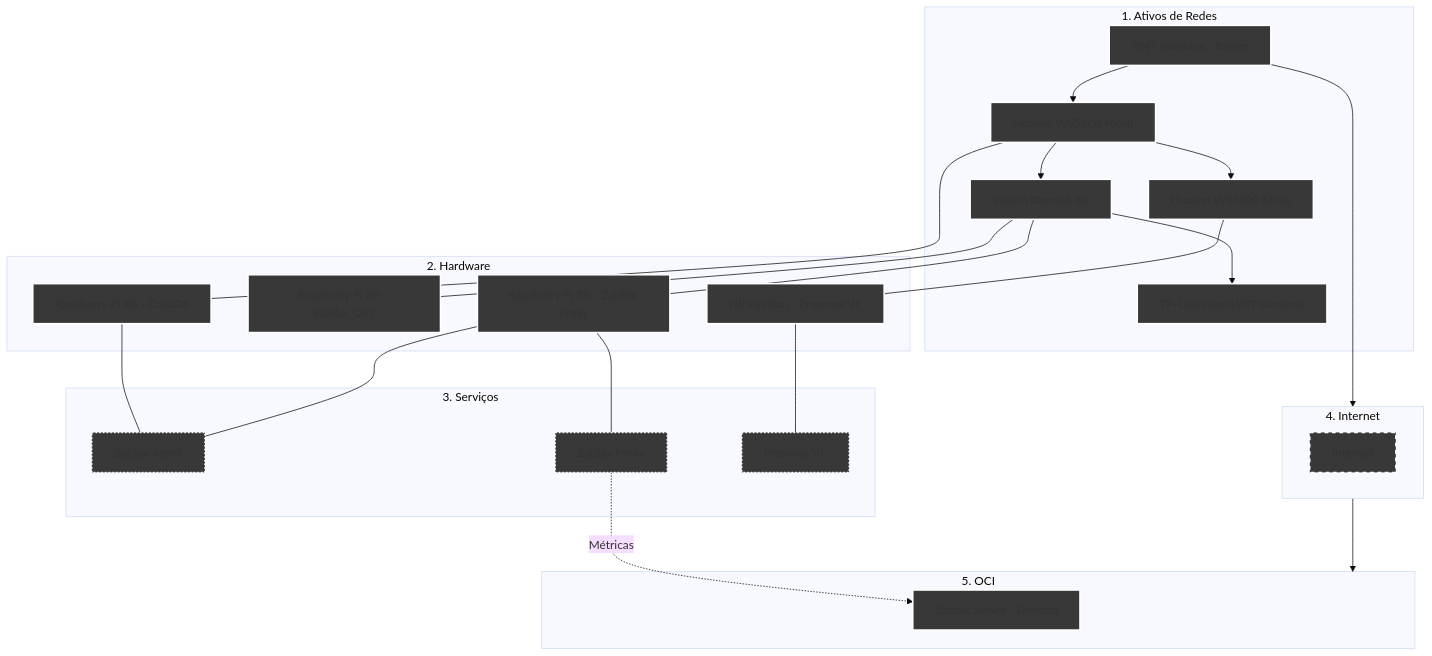
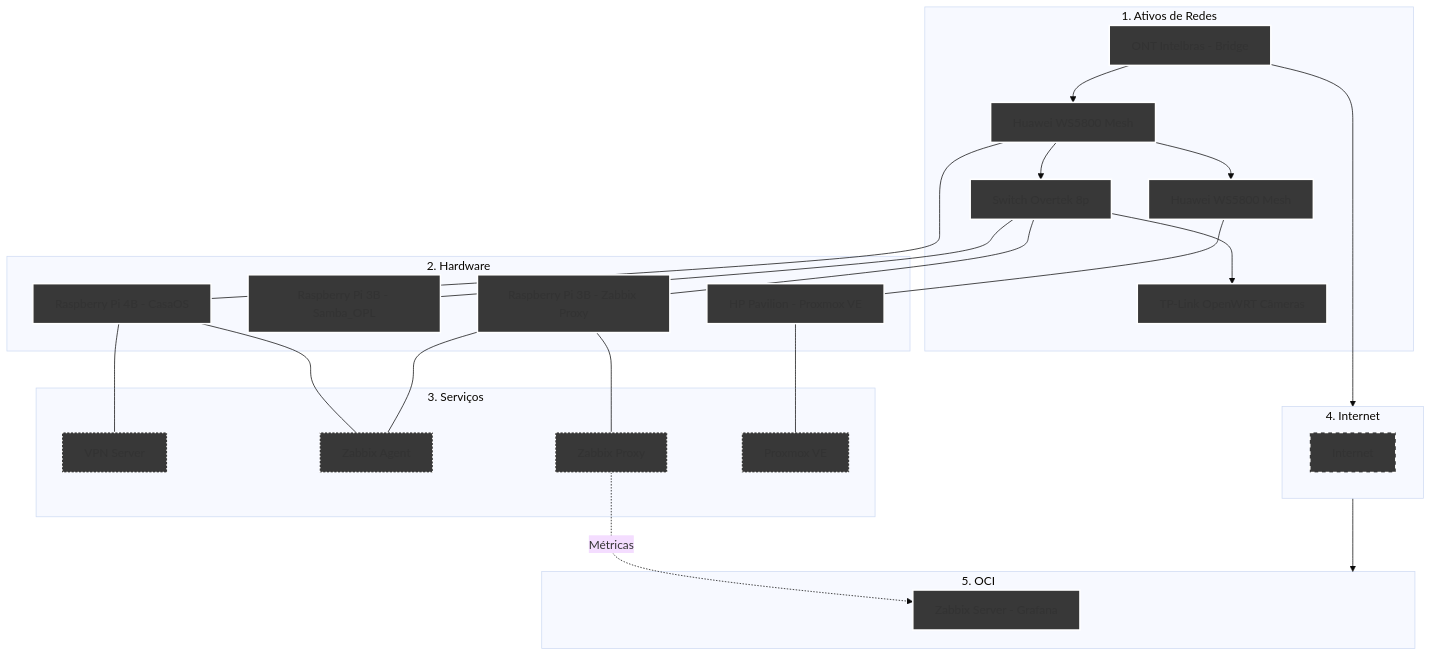
Before and after one commit to kevindexter22/Dr-Hardware-Autonet: the diagram in Infraestructure/README.md, drawn with Mermaid (base theme).

````diff
--- a/Infraestructure/README.md
+++ b/Infraestructure/README.md
@@ -13,52 +13,53 @@
 ```mermaid
 graph TD
     %% Estilos
     classDef rede fill:#383838,stroke:#FFFFFF,stroke-width:2px;
     classDef hardware fill:#383838,stroke:#FFFFFF,stroke-width:2px;
     classDef internet fill:#383838,stroke:#FFFFFF,stroke-width:2px,stroke-dasharray: 5 5;
     classDef serviços fill:#383838,stroke:#FFFFFF,stroke-width:2px, stroke-dasharray: 2 3;
     classDef oci fill:#383838,stroke:#FFFFFF,stroke-width:2px;
 
     %% 1. ATIVOS DE REDE
     subgraph S1 [1. Ativos de Redes]
         ONT[ONT Intelbras - Bridge]:::rede --> R_Mesh1[Huawei WS5800 Mesh]:::rede
         R_Mesh1 --> R_Mesh2[Huawei WS5800 Mesh]:::rede
         R_Mesh1 --> SW1[Switch Overtek 8p]:::rede
         SW1 --> R_Cams[TP-Link OpenWRT Câmeras]:::rede
     end
 
     %% 2. HARDWARE
     subgraph S2 [2. Hardware]
         R_Mesh1 --- RPi4B[Raspberry Pi 4B - CasaOS]:::hardware
         SW1 --- RPi3B_1[Raspberry Pi 3B - Samba_OPL]:::hardware
         SW1 --- RPi3B_2[Raspberry Pi 3B - Zabbix Proxy]:::hardware
         R_Mesh2 --- HP[HP Pavilion - Proxmox VE]:::hardware
     end
 
     %% 3. SERVIÇOS     
     subgraph S3 [3. Serviços];
+        RPi4B --- VPN[VPN Server]:::serviços
         RPi4B --- ZA[Zabbix Agent]:::serviços
         RPi3B_2 --- ZA[Zabbix Agent]:::serviços
         RPi3B_2 --- ZP[Zabbix Proxy]:::serviços
         HP --- PVE[Proxmox VE]:::serviços        
     end
 
     %% 4. Internet (A PONTE)
     subgraph S4 [4. Internet]
            internet[Internet]:::internet
     end
 
     %% 5. OCI
     subgraph S5 [5. OCI]
         ZS[Zabbix Server - Grafana]:::oci
     end
 
     %% Conexões de Fluxo de Dados para manter a ordem
     ONT --> S4
     S4 --> S5
     
     %% Relacionamentos lógicos (setas duplas para replicação)
     ZP -.-> |Métricas| ZS
     
 
 ```
````
